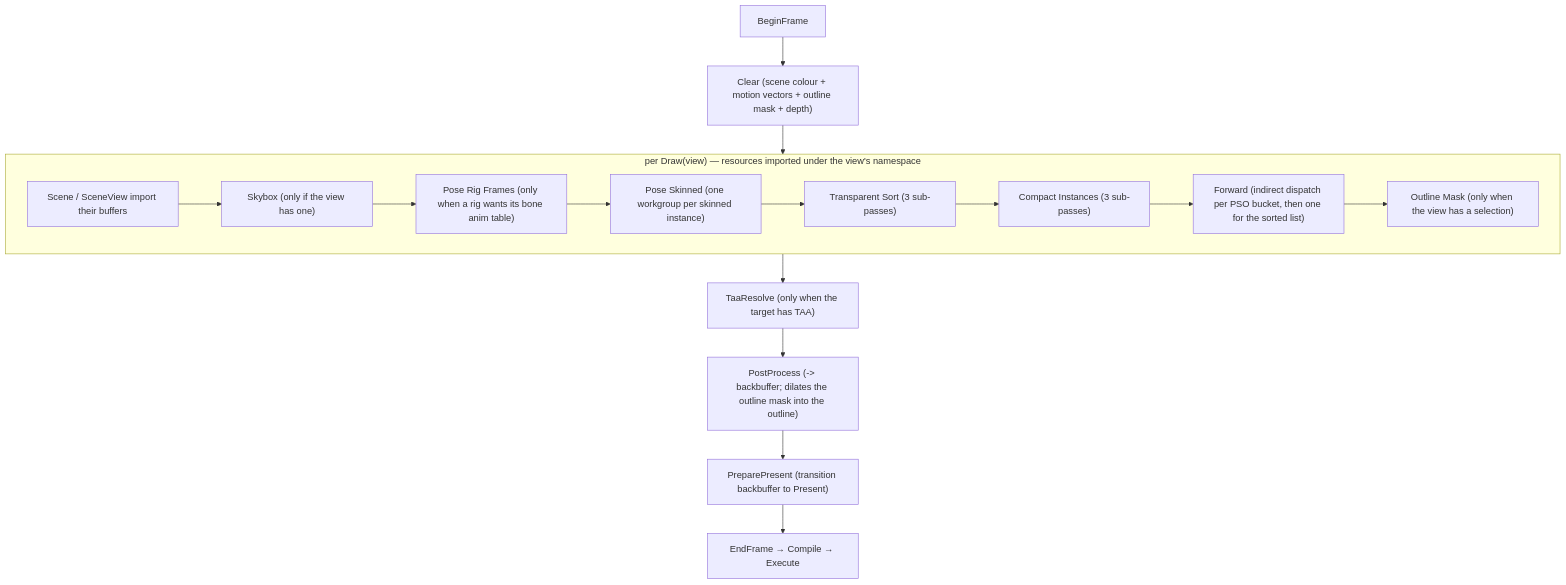
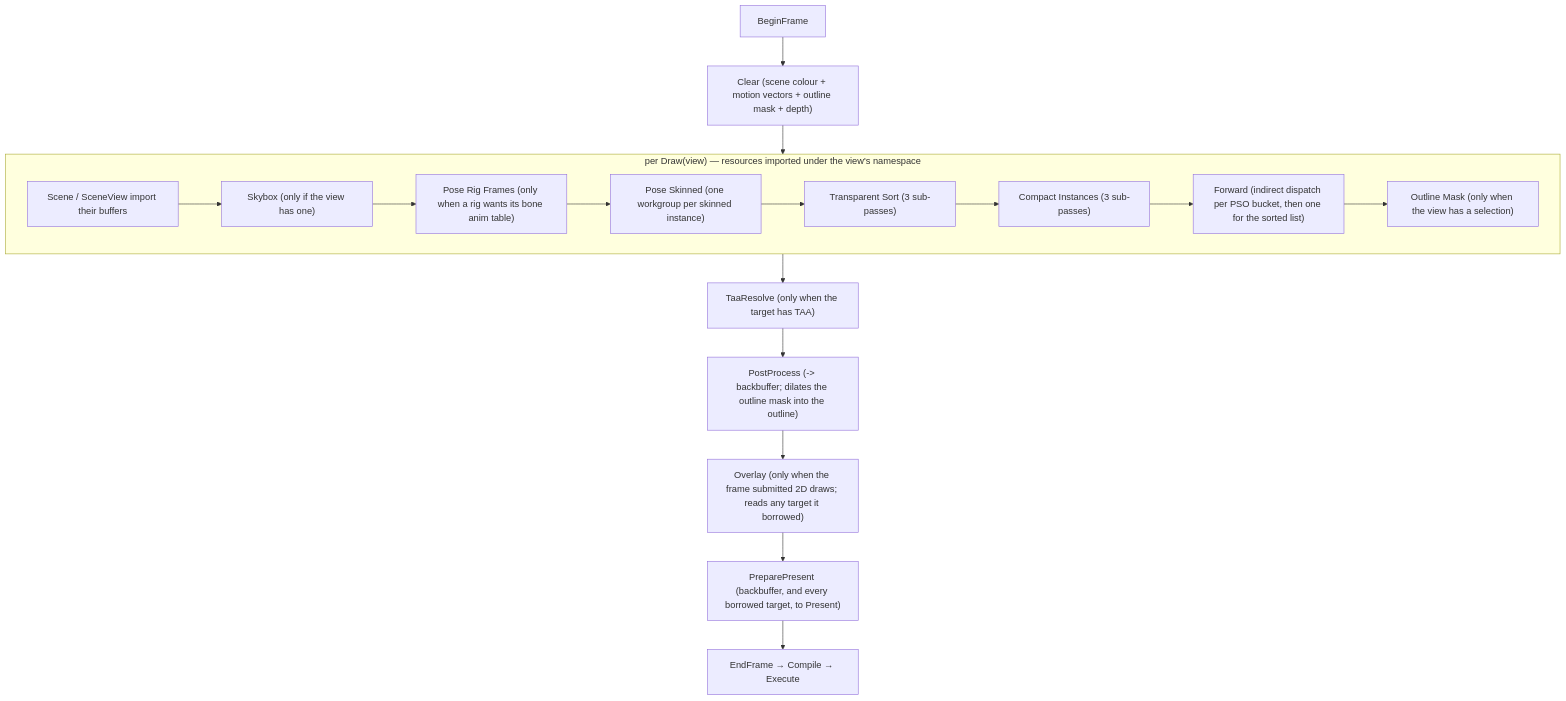
One commit to alexjiang200407/bernini changed the diagram in docs/passes.md. Above: the diagram before and after it, drawn with Mermaid. The commit also changed other lines of this file and 94 other files, not shown here.

````diff
--- a/docs/passes.md
+++ b/docs/passes.md
@@ -31,18 +32,19 @@
 ```mermaid
 flowchart TD
     BF["BeginFrame"] --> CLR["Clear (scene colour + motion vectors + outline mask + depth)"]
     CLR --> D["per Draw(view)"]
     subgraph D["per Draw(view) — resources imported under the view's namespace"]
         IMP["Scene / SceneView import their buffers"] --> SKY["Skybox (only if the view has one)"]
         SKY --> RIG["Pose Rig Frames (only when a rig wants its bone anim table)"]
         RIG --> POSE["Pose Skinned (one workgroup per skinned instance)"]
         POSE --> TS["Transparent Sort (3 sub-passes)"]
         TS --> CI["Compact Instances (3 sub-passes)"]
         CI --> FWD["Forward (indirect dispatch per PSO bucket, then one for the sorted list)"]
         FWD --> SM["Outline Mask (only when the view has a selection)"]
     end
     D --> TAA["TaaResolve (only when the target has TAA)"]
     TAA --> PPX["PostProcess (-> backbuffer; dilates the outline mask into the outline)"]
-    PPX --> PP["PreparePresent (transition backbuffer to Present)"]
+    PPX --> OVL["Overlay (only when the frame submitted 2D draws; reads any target it borrowed)"]
+    OVL --> PP["PreparePresent (backbuffer, and every borrowed target, to Present)"]
     PP --> EF["EndFrame → Compile → Execute"]
 ```
````
